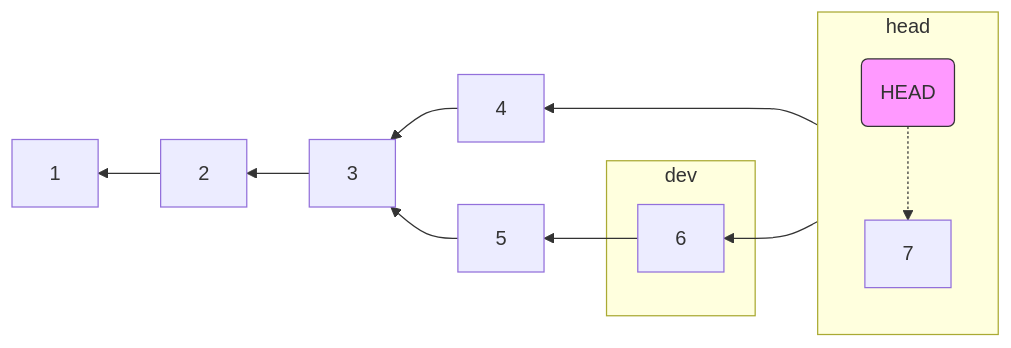
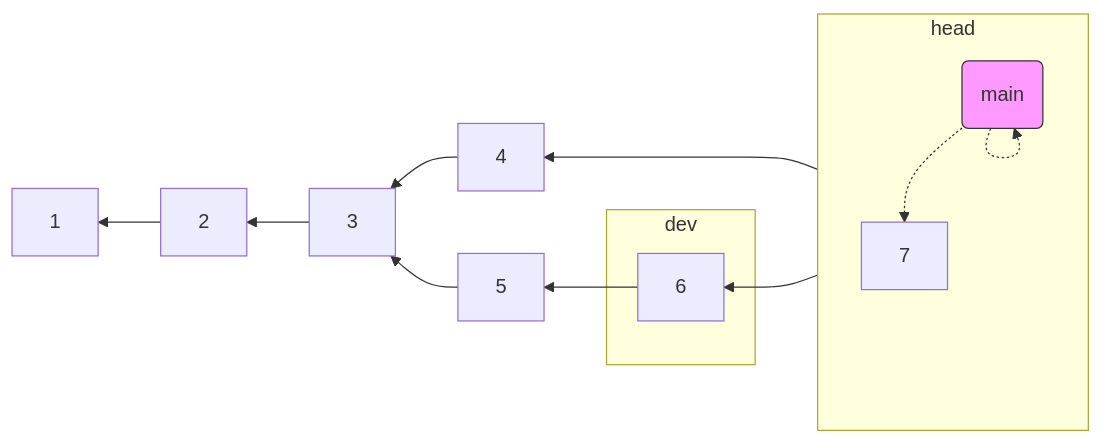
One commit to ualjjcanada/ejemplosMermade changed the sixth of 6 diagrams in README.md. Above: the diagram before and after it, drawn with Mermaid.

````diff
--- a/README.md
+++ b/README.md
@@ -67,19 +67,20 @@
 ```mermaid
     flowchart RL;
     2-->1;
     3-->2;
     4-->3;
     5-->3;
     6-->5;
     7-->6;
     7-->4;
     subgraph dev
     6
     end;
     subgraph head
       direction TB
-      id1(HEAD) -.-> 7
+      id1(HEAD) -.-> id1(main)
+      id1(main) -.-> 7
       style id1 fill:#f9f,stroke:#333,stroke-width:1px
     end;
     
 ```
````
